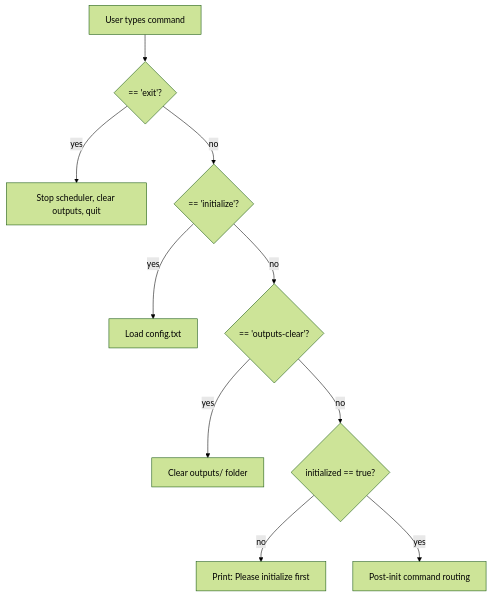
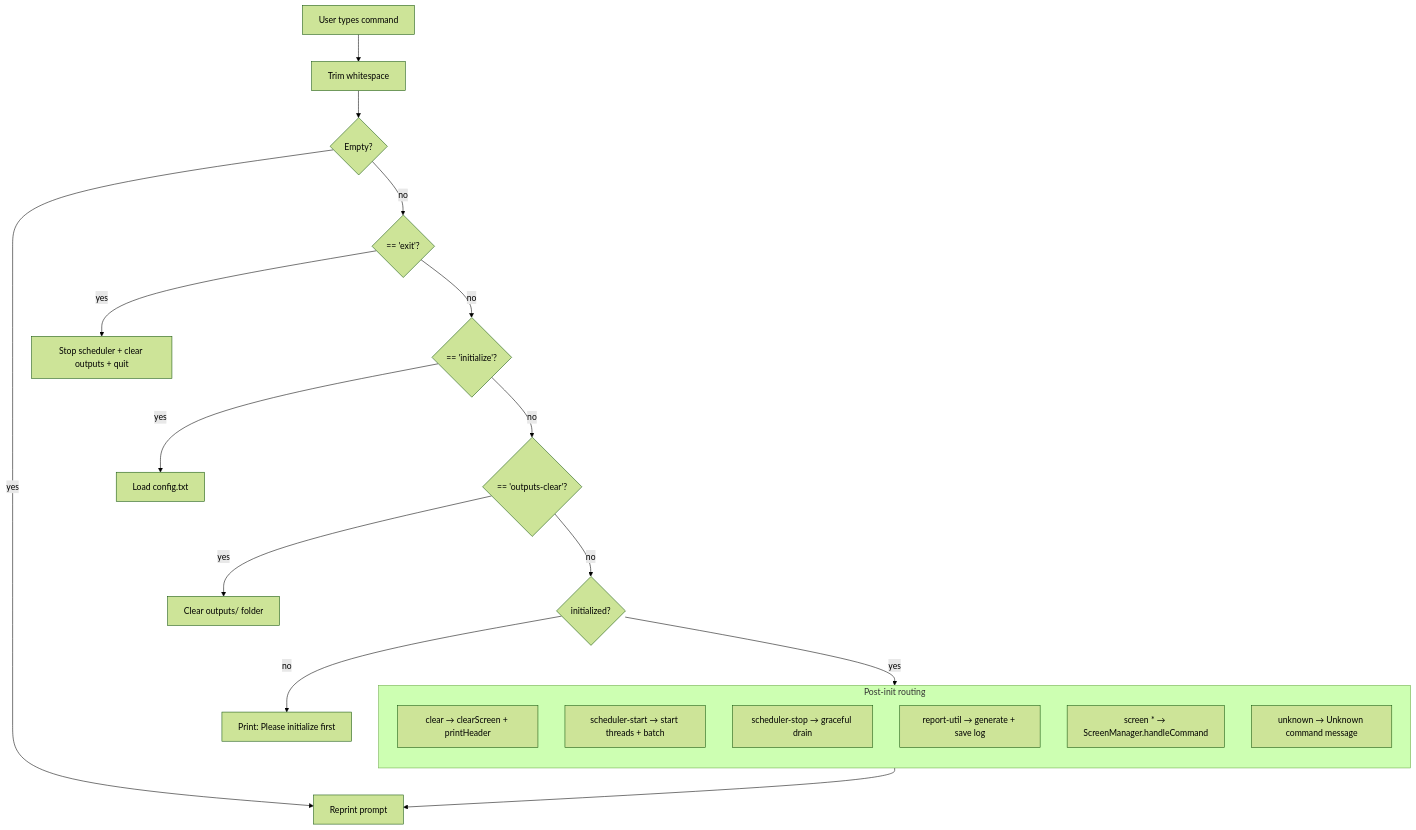
The diagram in diagrams/B_command_recognition.md (JeyyM/csopesy-mp1), drawn with Mermaid (forest theme) before and after one commit. The commit also changed other lines of this file and 17 other files, not shown here.

````diff
--- a/diagrams/B_command_recognition.md
+++ b/diagrams/B_command_recognition.md
@@ -8,12 +48,27 @@
 ```mermaid
 flowchart TD
-    INPUT[User types command] --> T1{== 'exit'?}
-    T1 -- yes --> DO_EXIT[Stop scheduler, clear outputs, quit]
-    T1 -- no --> T2{== 'initialize'?}
-    T2 -- yes --> DO_INIT[Load config.txt]
-    T2 -- no --> T3{== 'outputs-clear'?}
-    T3 -- yes --> DO_OUT[Clear outputs/ folder]
-    T3 -- no --> T4{initialized == true?}
-    T4 -- no --> BLOCK[Print: Please initialize first]
-    T4 -- yes --> POST_INIT_CMDS[Post-init command routing]
+    INPUT[User types command] --> TRIM[Trim whitespace]
+    TRIM --> EMPTY{Empty?}
+    EMPTY -- yes --> REPROMPT[Reprint prompt]
+    EMPTY -- no --> G1{== 'exit'?}
+    G1 -- yes --> DO_EXIT[Stop scheduler + clear outputs + quit]
+    G1 -- no --> G2{== 'initialize'?}
+    G2 -- yes --> DO_INIT[Load config.txt]
+    G2 -- no --> G3{== 'outputs-clear'?}
+    G3 -- yes --> DO_OUT[Clear outputs/ folder]
+    G3 -- no --> GATE{initialized?}
+    GATE -- no --> BLOCK[Print: Please initialize first]
+    GATE -- yes --> ROUTE
+
+    subgraph ROUTE["Post-init routing"]
+        direction TB
+        R1["clear → clearScreen + printHeader"]
+        R2["scheduler-start → start threads + batch"]
+        R3["scheduler-stop → graceful drain"]
+        R4["report-util → generate + save log"]
+        R5["screen * → ScreenManager.handleCommand"]
+        R6["unknown → Unknown command message"]
+    end
+
+    ROUTE --> REPROMPT
 ```
````
